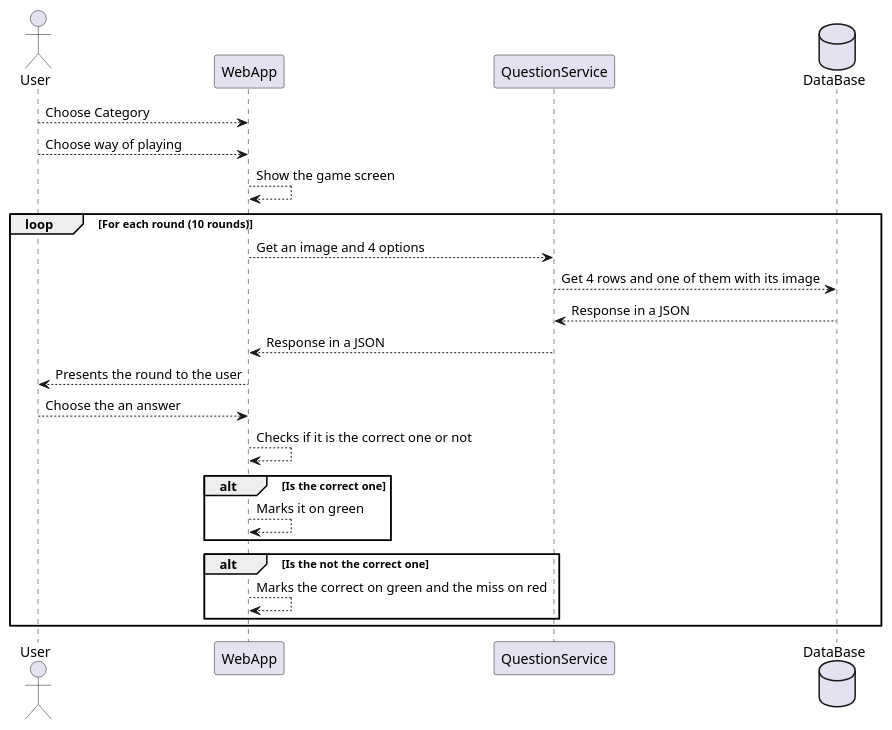
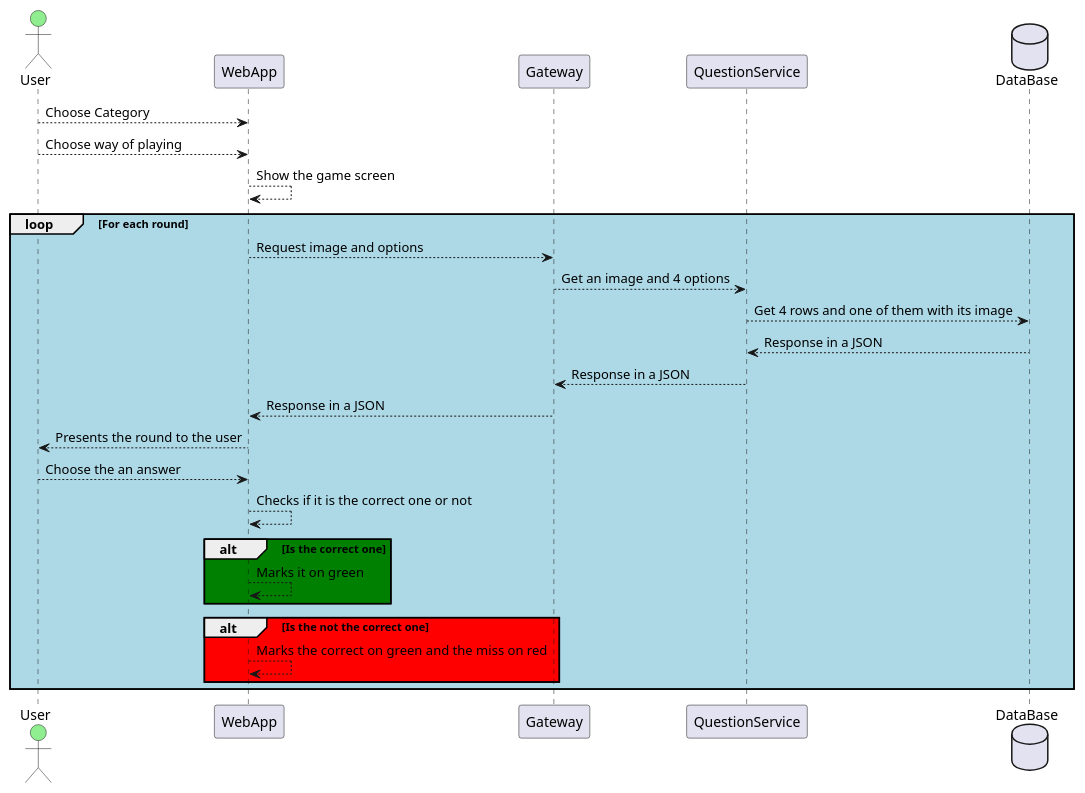
One commit to Arquisoft/wichat_en3b changed the third of 5 diagrams in docs/src/06_runtime_view.adoc. Above: the diagram before and after it, drawn with PlantUML.

Commit message:
Diagram of part 6.3 (add gateway and colors)

```diff
--- a/docs/src/06_runtime_view.adoc
+++ b/docs/src/06_runtime_view.adoc
@@ -118,31 +118,32 @@
 [plantuml,"Playing",png]
 ----
-
-actor User
+actor User #lightgreen
 participant WebApp
+participant Gateway
 participant QuestionService
 database DataBase
 
 User --> WebApp: Choose Category
 User --> WebApp: Choose way of playing
 WebApp --> WebApp: Show the game screen
-loop For each round (10 rounds)
-    WebApp --> QuestionService: Get an image and 4 options
+
+loop #lightblue For each round
+    WebApp --> Gateway: Request image and options
+    Gateway --> QuestionService: Get an image and 4 options
     QuestionService --> DataBase: Get 4 rows and one of them with its image
     DataBase --> QuestionService: Response in a JSON
-    QuestionService --> WebApp: Response in a JSON
+    QuestionService --> Gateway: Response in a JSON
+    Gateway --> WebApp: Response in a JSON
     WebApp --> User: Presents the round to the user
     User --> WebApp: Choose the an answer
     WebApp --> WebApp: Checks if it is the correct one or not
     
-    alt Is the correct one
+    alt #green Is the correct one
         WebApp--> WebApp: Marks it on green
     end
     
-    alt Is the not the correct one
+    alt #red Is the not the correct one
         WebApp--> WebApp: Marks the correct on green and the miss on red
     end
-    
 end
-
 ----
```
